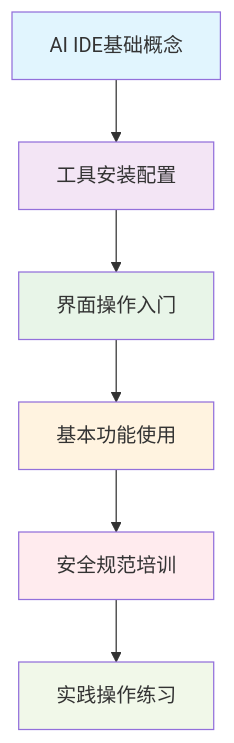
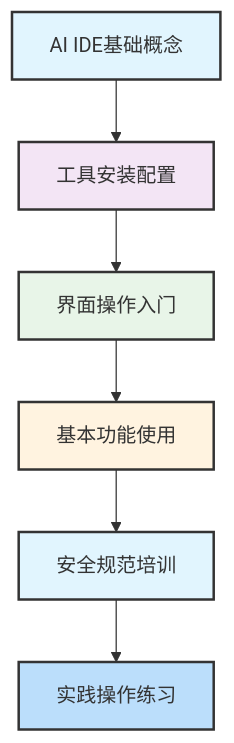
One commit to Coldplay-now/ai-ide-guide-core changed the first of 4 diagrams in docs/chapters/12-team-training-capability-building.md. Above: the diagram before and after it, drawn with Mermaid. The commit also changed other lines of this file and 148 other files, not shown here.

````diff
--- a/docs/chapters/12-team-training-capability-building.md
+++ b/docs/chapters/12-team-training-capability-building.md
@@ -42,16 +47,19 @@
 ```mermaid
 graph TD
     A[AI IDE基础概念] --> B[工具安装配置]
     B --> C[界面操作入门]
     C --> D[基本功能使用]
     D --> E[安全规范培训]
     E --> F[实践操作练习]
-    
     style A fill:#e1f5fe
     style B fill:#f3e5f5
     style C fill:#e8f5e8
     style D fill:#fff3e0
-    style E fill:#ffebee
-    style F fill:#f1f8e9
-
+    style E fill:#e1f5fe
+    style F fill:#bbdefb
+%% Standard styling
+classDef default fill:#e1f5fe,stroke:#333,stroke-width:2px
+classDef highlight fill:#bbdefb,stroke:#333,stroke-width:3px
+classDef process fill:#90caf9,stroke:#333,stroke-width:2px
+classDef decision fill:#64b5f6,stroke:#333,stroke-width:2px
 ```
````
